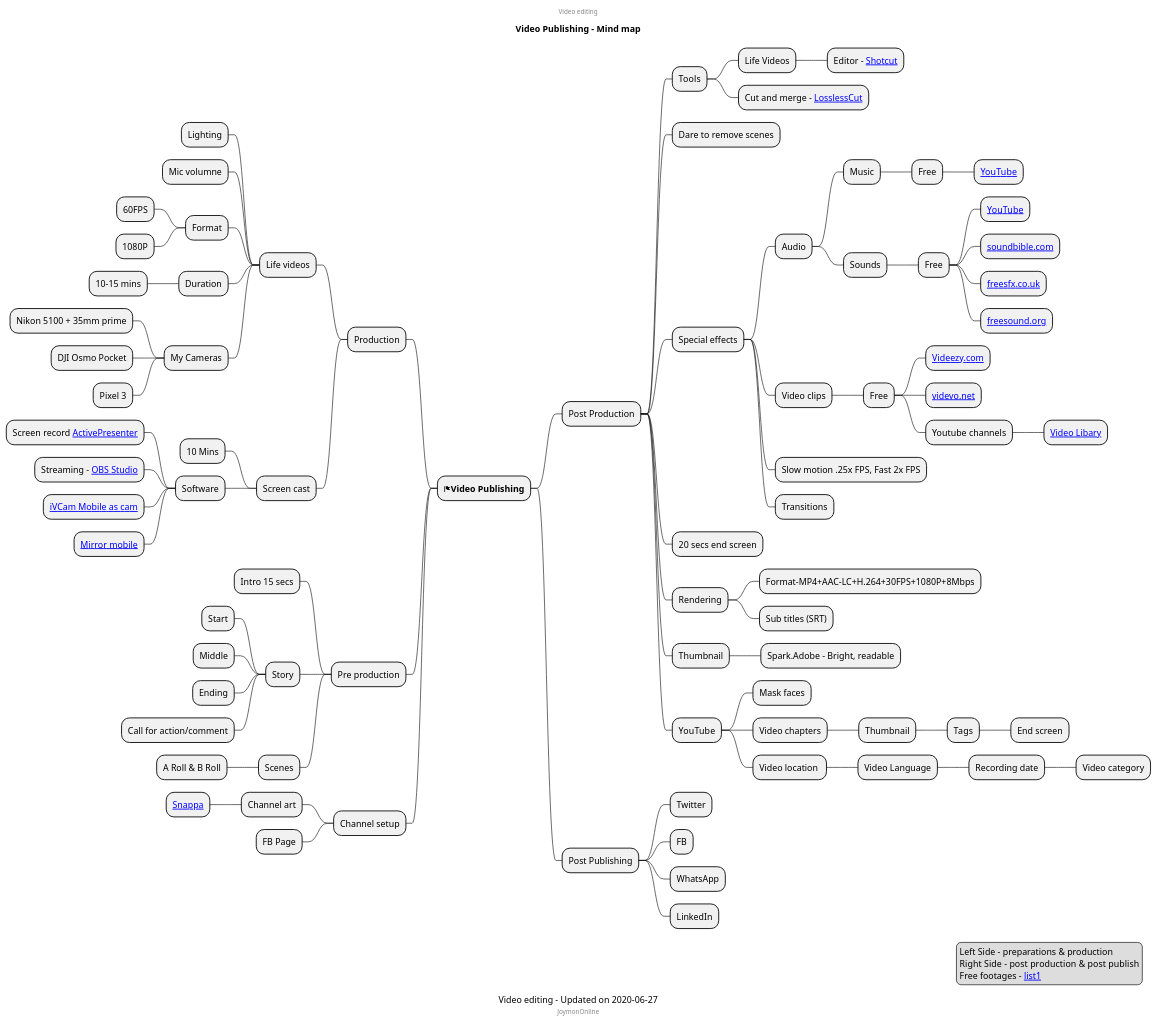
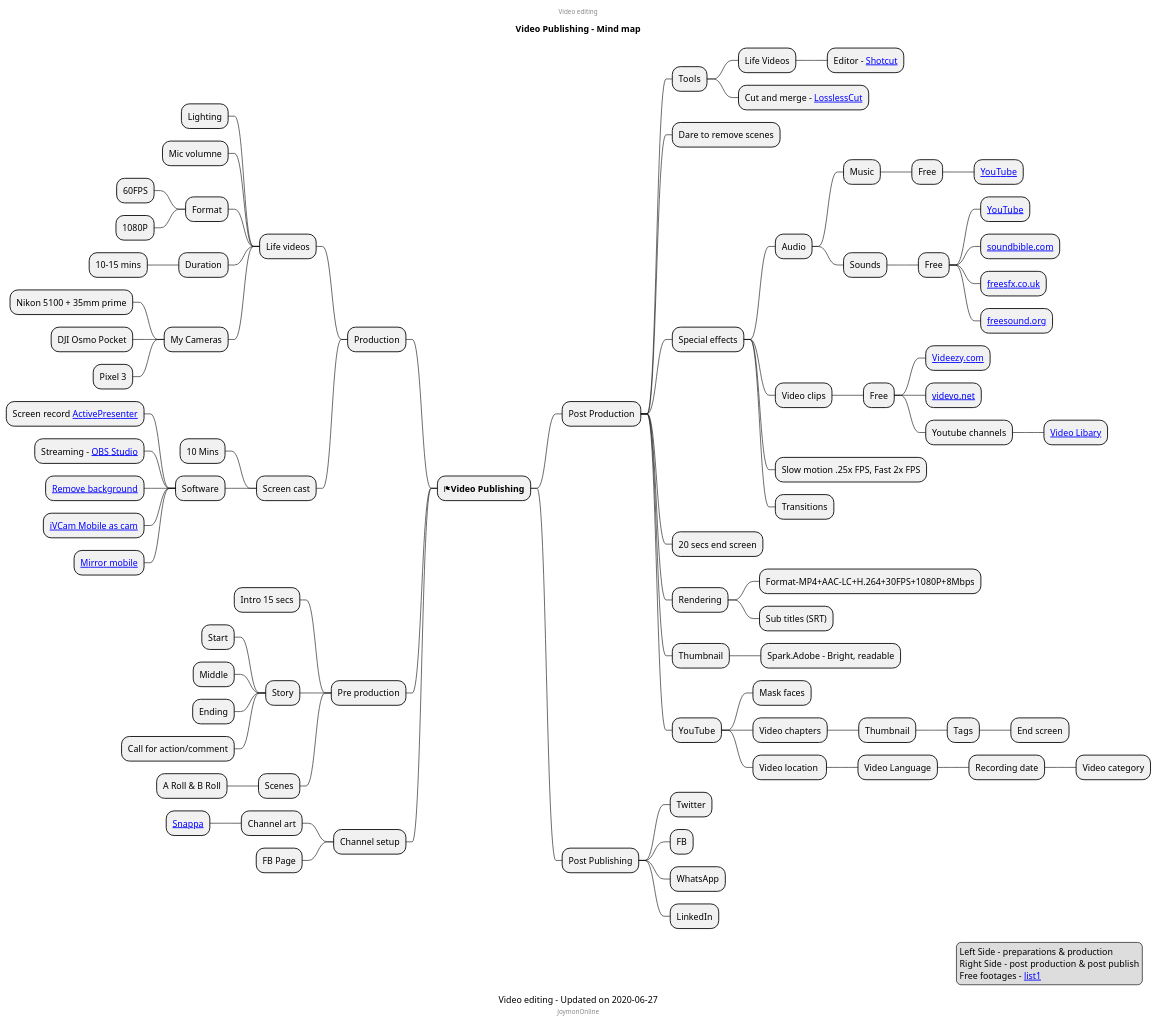
The diagram in media/video/publishing.puml (mind-maps/technology), drawn with PlantUML before and after one commit.

Commit message:
Added chromacam

```diff
--- a/media/video/publishing.puml
+++ b/media/video/publishing.puml
@@ -1,100 +1,101 @@
 @startmindmap
 caption Video editing - Updated on 2020-06-27
 title Video Publishing - Mind map
 center header
 Video editing
 endheader
 
 * <&flag><b>Video Publishing</b>
 
 ** Post Production
 *** Tools
 **** Life Videos
 ***** Editor - [[https://shotcut.org/download/ Shotcut]]
 **** Cut and merge - [[https://github.com/mifi/lossless-cut/releases LosslessCut]]
 
 *** Dare to remove scenes
 *** Special effects
 **** Audio
 ***** Music
 ****** Free
 ******* [[https://www.youtube.com/audiolibrary/music?nv=1 YouTube]]
 ***** Sounds
 ****** Free
 ******* [[https://www.youtube.com/audiolibrary/soundeffects?nv=1 YouTube]]
 ******* [[https://soundbible.com/ soundbible.com]]
 ******* [[https://freesfx.co.uk/ freesfx.co.uk]]
 ******* [[https://freesound.org/ freesound.org]]
 **** Video clips
 ***** Free
 ****** [[https://www.videezy.com/ Videezy.com]]
 ****** [[https://www.videvo.net/ videvo.net]]
 ****** Youtube channels
 ******* [[https://www.youtube.com/channel/UC8ScFr0TdBPz9bLElei6-VA/videos Video Libary]]
 **** Slow motion .25x FPS, Fast 2x FPS
 **** Transitions
 *** 20 secs end screen
 *** Rendering
 **** Format-MP4+AAC-LC+H.264+30FPS+1080P+8Mbps
 **** Sub titles (SRT)
 *** Thumbnail
 **** Spark.Adobe - Bright, readable
 *** YouTube
 **** Mask faces
 **** Video chapters
 ***** Thumbnail
 ****** Tags
 ******* End screen
 **** Video location 
 ***** Video Language
 ****** Recording date
 ******* Video category
 
 ** Post Publishing
 *** Twitter
 *** FB
 *** WhatsApp
 *** LinkedIn
 
 left side
 ** Production
 *** Life videos
 **** Lighting
 **** Mic volumne
 **** Format
 ***** 60FPS
 ***** 1080P
 **** Duration
 ***** 10-15 mins
 **** My Cameras
 ***** Nikon 5100 + 35mm prime
 ***** DJI Osmo Pocket
 ***** Pixel 3
 *** Screen cast
 **** 10 Mins
 **** Software
 ***** Screen record [[https://atomisystems.com/download/ ActivePresenter]]
 ***** Streaming - [[https://obsproject.com/download OBS Studio]]
+***** [[https://www.chromacam.me/ Remove background]]
 ***** [[https://www.e2esoft.com/ivcam/ iVCam Mobile as cam]]
 ***** [[https://www.apowersoft.com/phone-mirror Mirror mobile]]
 ** Pre production
 *** Intro 15 secs
 *** Story
 **** Start
 **** Middle
 **** Ending
 ****  Call for action/comment
 *** Scenes
 **** A Roll & B Roll
 ** Channel setup
 *** Channel art
 **** [[https://snappa.com/ Snappa]]
 *** FB Page
 center footer JoymonOnline
 
 legend right
   Left Side - preparations & production
   Right Side -  post production & post publish
   Free footages - [[https://www.oberlo.com/blog/free-stock-video-websites list1]]
 endlegend
 @endmindmap
```
